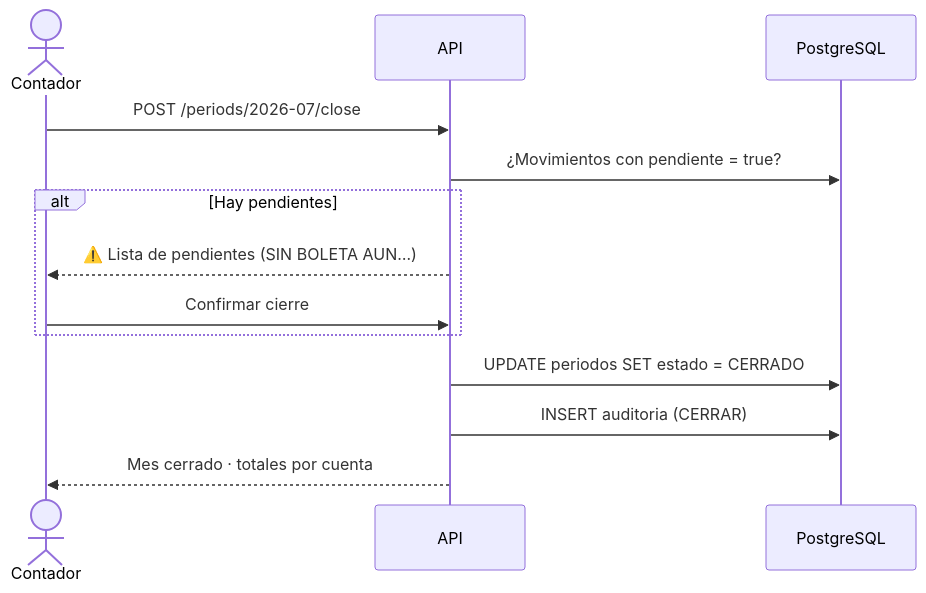
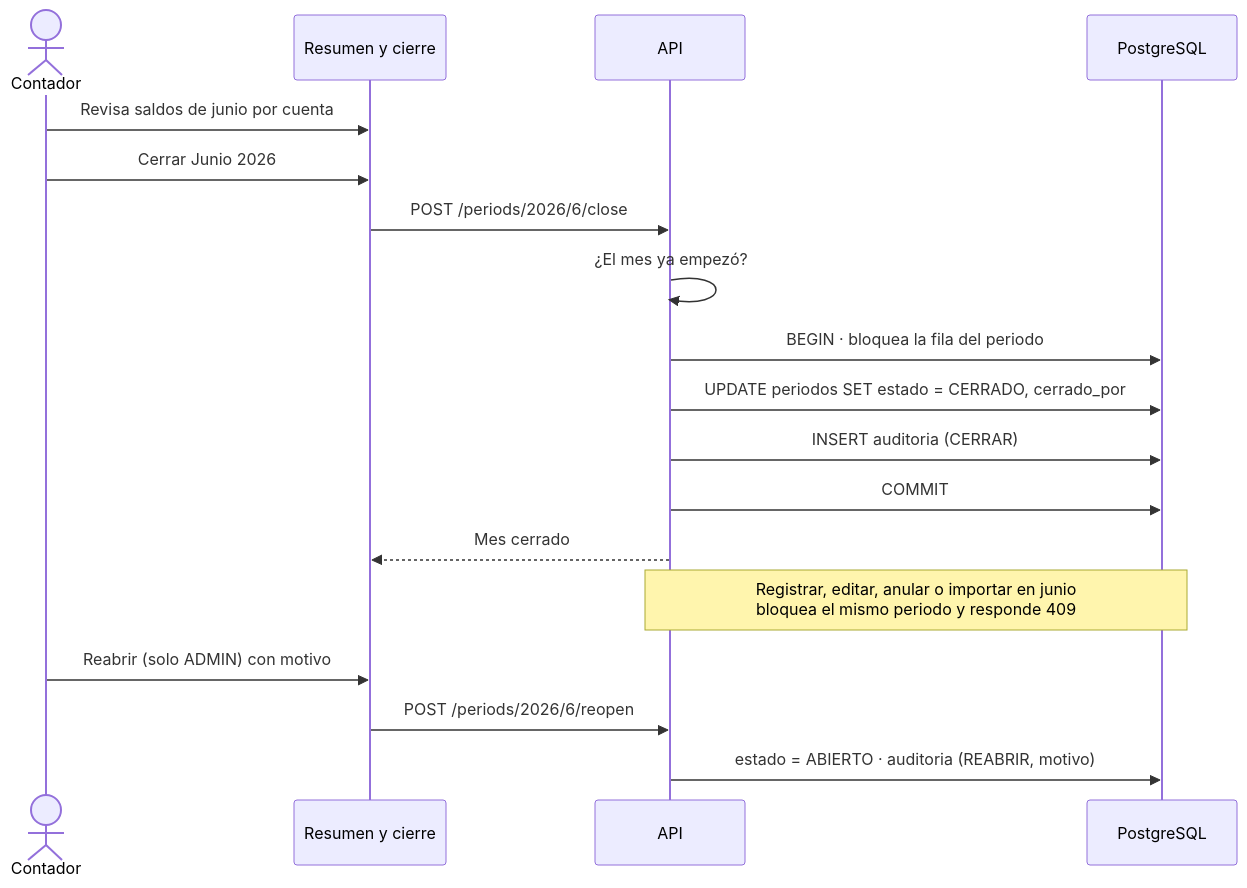
Diagram 12 of 17 in README.md (Jose27luis/conciliacion-bancaria), drawn with Mermaid before and after one commit. The commit also changed other lines of this file, not shown here.

Commit message:
docs: documentar la fase 6 de saldos y cierre de meses

````diff
--- a/README.md
+++ b/README.md
@@ -566,15 +569,20 @@
 ```mermaid
 sequenceDiagram
     actor C as Contador
+    participant W as Resumen y cierre
     participant A as API
     participant DB as PostgreSQL
-    C->>A: POST /periods/2026-07/close
-    A->>DB: ¿Movimientos con pendiente = true?
-    alt Hay pendientes
-        A-->>C: ⚠️ Lista de pendientes (SIN BOLETA AUN…)
-        C->>A: Confirmar cierre
-    end
-    A->>DB: UPDATE periodos SET estado = CERRADO
+    C->>W: Revisa saldos de junio por cuenta
+    C->>W: Cerrar Junio 2026
+    W->>A: POST /periods/2026/6/close
+    A->>A: ¿El mes ya empezó?
+    A->>DB: BEGIN · bloquea la fila del periodo
+    A->>DB: UPDATE periodos SET estado = CERRADO, cerrado_por
     A->>DB: INSERT auditoria (CERRAR)
-    A-->>C: Mes cerrado · totales por cuenta
+    A->>DB: COMMIT
+    A-->>W: Mes cerrado
+    Note over A,DB: Registrar, editar, anular o importar en junio<br/>bloquea el mismo periodo y responde 409
+    C->>W: Reabrir (solo ADMIN) con motivo
+    W->>A: POST /periods/2026/6/reopen
+    A->>DB: estado = ABIERTO · auditoria (REABRIR, motivo)
 ```
````
